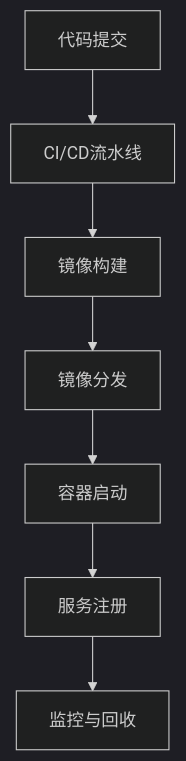
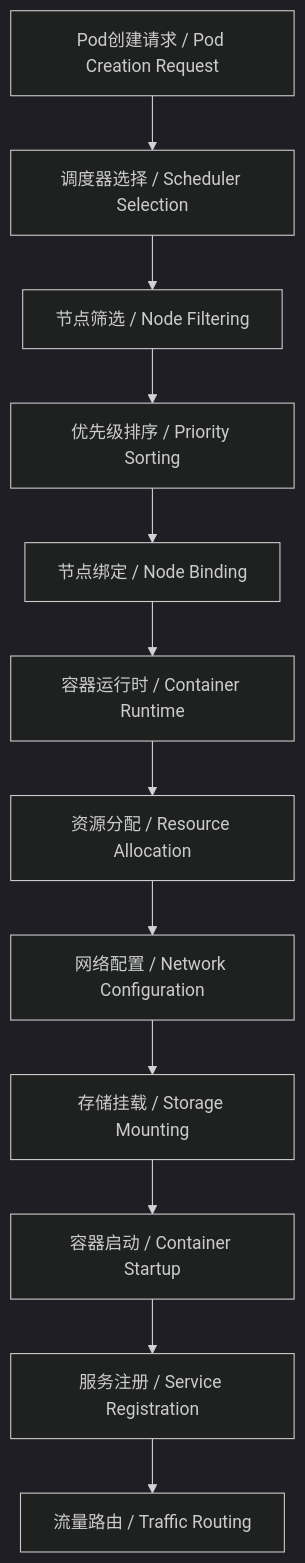
One commit to AdaMartin18010/SystemOSIOT changed the second of 12 diagrams in 7.容器与微服务/7.5 多表征/7.5.2 流程图.md. Above: the diagram before and after it, drawn with Mermaid (dark theme). The commit also changed other lines of this file and 24 other files, not shown here.

````diff
--- a/7.容器与微服务/7.5 多表征/7.5.2 流程图.md
+++ b/7.容器与微服务/7.5 多表征/7.5.2 流程图.md
@@ -5,9 +25,14 @@
 ```mermaid
 flowchart TD
-    A[代码提交] --> B[CI/CD流水线]
-    B --> C[镜像构建]
-    C --> D[镜像分发]
-    D --> E[容器启动]
-    E --> F[服务注册]
-    F --> G[监控与回收]
+    A[Pod创建请求 / Pod Creation Request] --> B[调度器选择 / Scheduler Selection]
+    B --> C[节点筛选 / Node Filtering]
+    C --> D[优先级排序 / Priority Sorting]
+    D --> E[节点绑定 / Node Binding]
+    E --> F[容器运行时 / Container Runtime]
+    F --> G[资源分配 / Resource Allocation]
+    G --> H[网络配置 / Network Configuration]
+    H --> I[存储挂载 / Storage Mounting]
+    I --> J[容器启动 / Container Startup]
+    J --> K[服务注册 / Service Registration]
+    K --> L[流量路由 / Traffic Routing]
 ```
````
